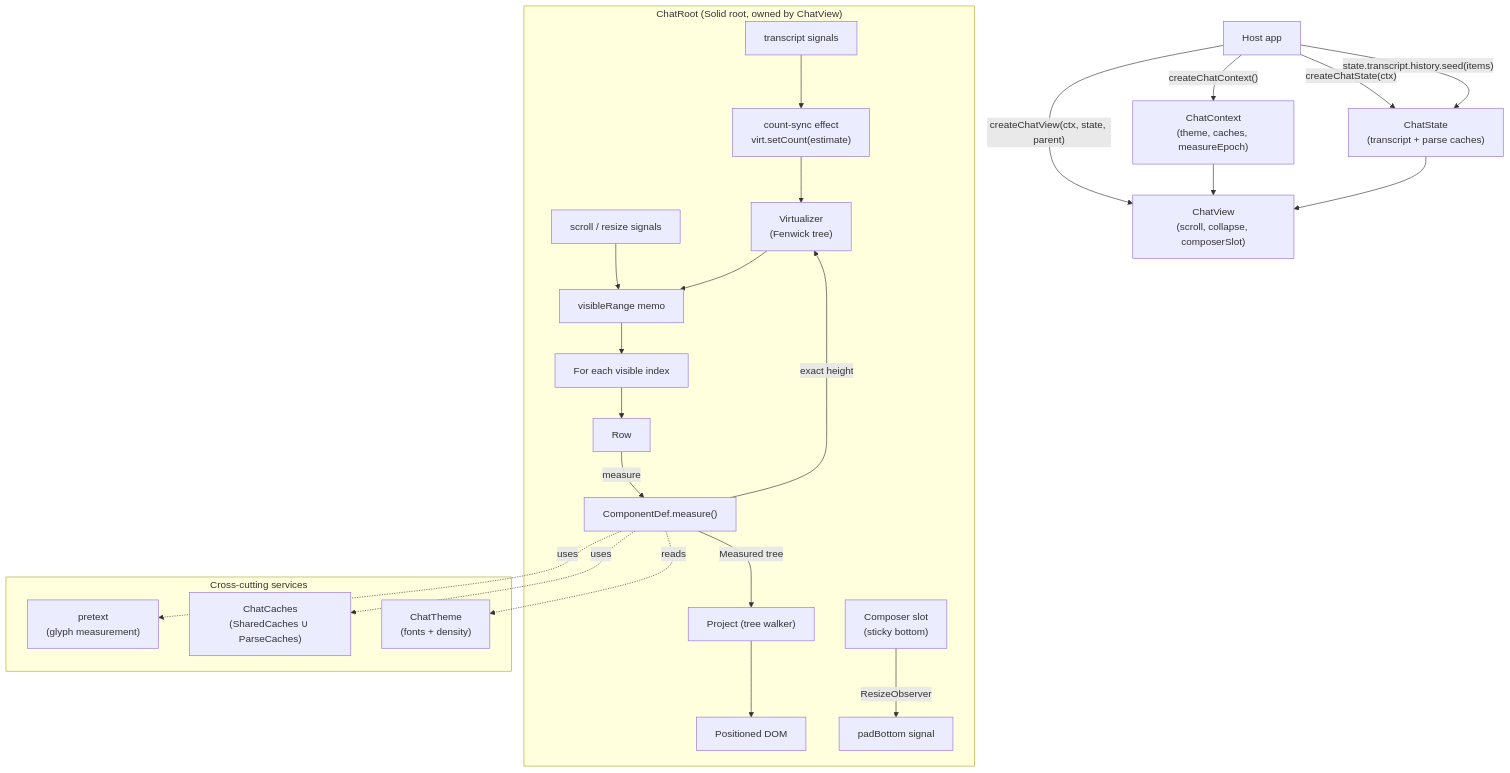
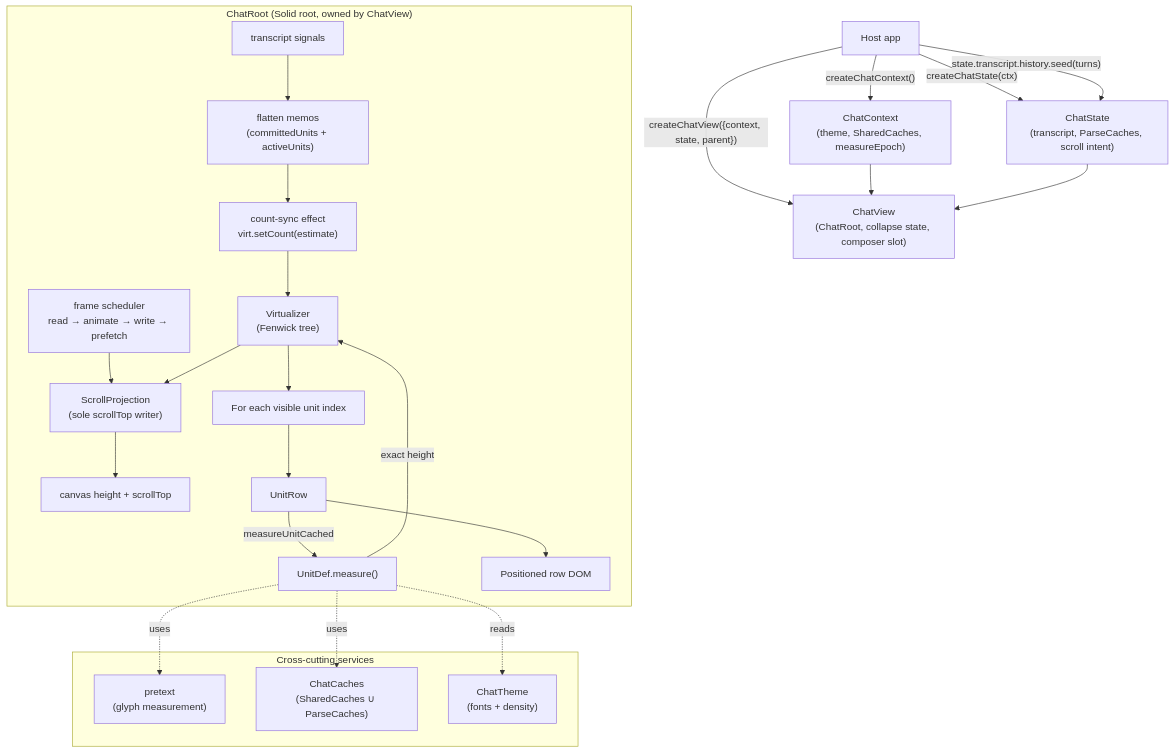
One commit to generalaction/emdash changed the first of 4 diagrams in packages/chat-ui/ARCHITECTURE.md. Above: the diagram before and after it, drawn with Mermaid. The commit also changed other lines of this file, not shown here.

First line of the commit message:
docs(chat-ui): rewrite ARCHITECTURE.md against the current design

````diff
--- a/packages/chat-ui/ARCHITECTURE.md
+++ b/packages/chat-ui/ARCHITECTURE.md
@@ -54,34 +63,34 @@
 ```mermaid
 flowchart TD
   Host["Host app"]
-  Host -->|"createChatContext()"| Ctx["ChatContext<br/>(theme, caches, measureEpoch)"]
-  Host -->|"createChatState(ctx)"| State["ChatState<br/>(transcript + parse caches)"]
-  Host -->|"createChatView(ctx, state, parent)"| View["ChatView<br/>(scroll, collapse, composerSlot)"]
-  Host -->|"state.transcript.history.seed(items)"| State
+  Host -->|"createChatContext()"| Ctx["ChatContext<br/>(theme, SharedCaches, measureEpoch)"]
+  Host -->|"createChatState(ctx)"| State["ChatState<br/>(transcript, ParseCaches, scroll intent)"]
+  Host -->|"createChatView({context, state, parent})"| View["ChatView<br/>(ChatRoot, collapse state, composer slot)"]
+  Host -->|"state.transcript.history.seed(turns)"| State
   Ctx --> View
   State --> View
 
   subgraph Engine["ChatRoot (Solid root, owned by ChatView)"]
-    Transcript["transcript signals"] --> CountEffect["count-sync effect<br/>virt.setCount(estimate)"]
+    Transcript["transcript signals"] --> Flatten["flatten memos<br/>(committedUnits + activeUnits)"]
+    Flatten --> CountEffect["count-sync effect<br/>virt.setCount(estimate)"]
     CountEffect --> Virt["Virtualizer<br/>(Fenwick tree)"]
-    Scroll["scroll / resize signals"] --> VisRange["visibleRange memo"]
-    Virt --> VisRange
-    VisRange --> For["For each visible index"]
-    For --> Row["Row"]
-    Row -->|measure| Measure["ComponentDef.measure()"]
-    Measure -->|"Measured tree"| Project["Project (tree walker)"]
+    Sched["frame scheduler<br/>read → animate → write → prefetch"] --> Proj["ScrollProjection<br/>(sole scrollTop writer)"]
+    Virt --> Proj
+    Proj --> DOM["canvas height + scrollTop"]
+    Virt --> For["For each visible unit index"]
+    For --> Row["UnitRow"]
+    Row -->|"measureUnitCached"| Measure["UnitDef.measure()"]
     Measure -->|"exact height"| Virt
-    Project --> DOM["Positioned DOM"]
-    Slot["Composer slot<br/>(sticky bottom)"] -->|ResizeObserver| PadBottom["padBottom signal"]
+    Row --> RDOM["Positioned row DOM"]
   end
 
   subgraph Support["Cross-cutting services"]
     Pretext["pretext<br/>(glyph measurement)"]
     Caches["ChatCaches<br/>(SharedCaches ∪ ParseCaches)"]
     Theme["ChatTheme<br/>(fonts + density)"]
   end
 
   Measure -.uses.-> Pretext
   Measure -.uses.-> Caches
   Measure -.reads.-> Theme
 ```
````
